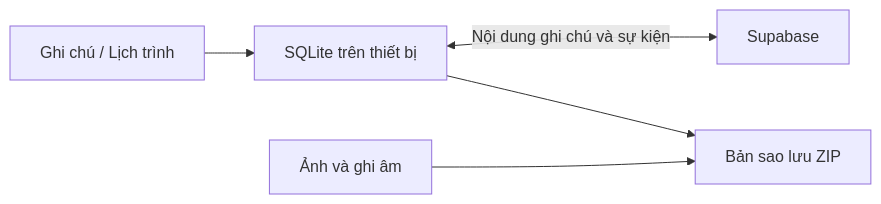
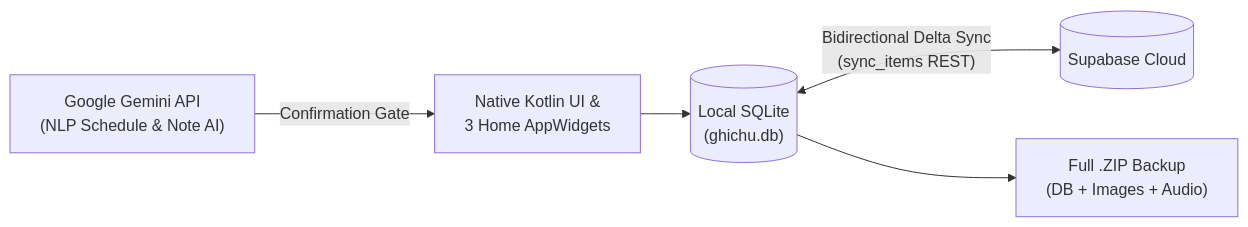
The diagram in README.md (Tthanh2k6/GhiChu), drawn with Mermaid before and after one commit. The commit also changed other lines of this file, not shown here.

Commit message:
docs: upgrade README with English overview, architecture diagram, and preview banner

````diff
--- a/README.md
+++ b/README.md
@@ -58,7 +37,7 @@
 ```mermaid
 flowchart LR
-    UI["Ghi chú / Lịch trình"] --> DB["SQLite trên thiết bị"]
-    DB <-->|"Nội dung ghi chú và sự kiện"| Cloud["Supabase"]
-    DB --> Backup["Bản sao lưu ZIP"]
-    Media["Ảnh và ghi âm"] --> Backup
+    UI["Native Kotlin UI &\n3 Home AppWidgets"] --> DB[("Local SQLite\n(ghichu.db)")]
+    Gemini["Google Gemini API\n(NLP Schedule & Note AI)"] -->|"Confirmation Gate"| UI
+    DB <-->|"Bidirectional Delta Sync\n(sync_items REST)"| Cloud[("Supabase Cloud")]
+    DB --> Backup["Full .ZIP Backup\n(DB + Images + Audio)"]
 ```
````
